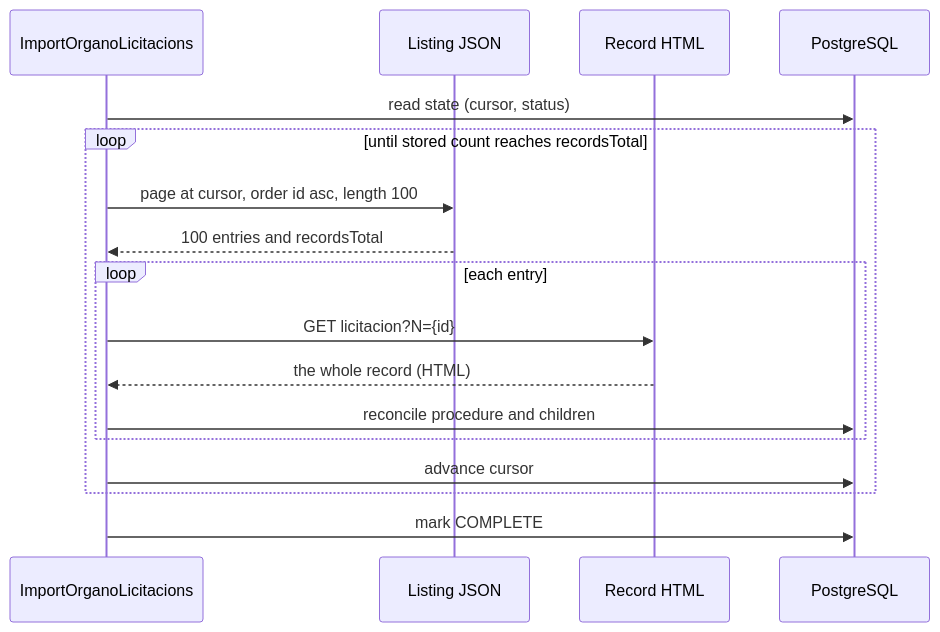
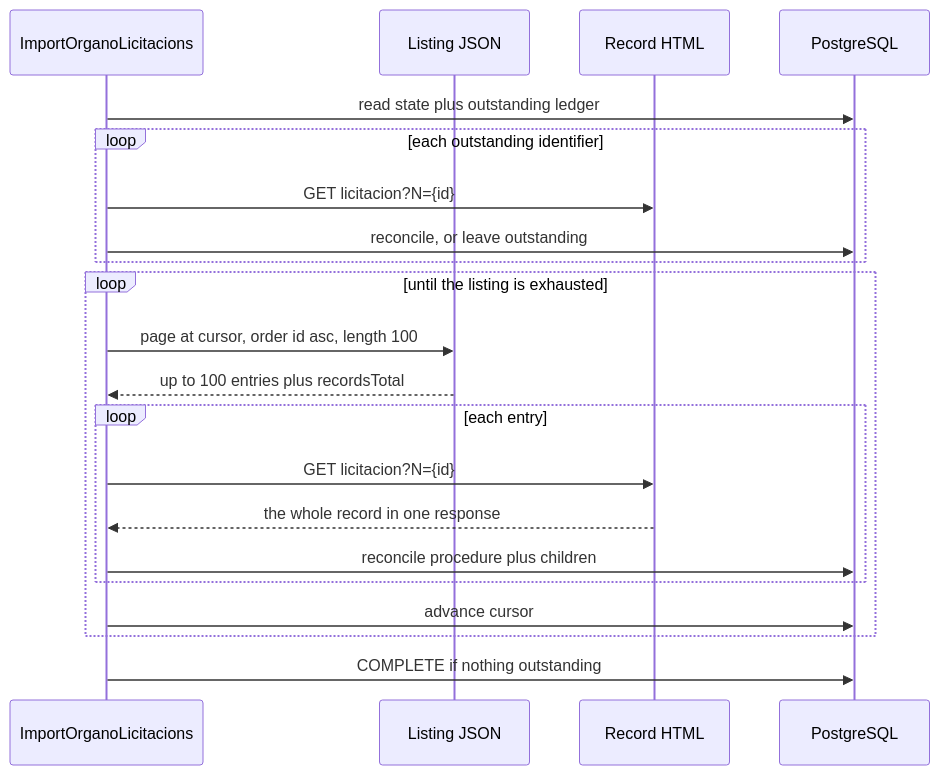
The third of 3 diagrams in docs/features/FEAT-0015-licitacions-initial-import/README.md (earelin/conxugal), drawn with Mermaid before and after one commit. The commit also changed other lines of this file and 1 other file, not shown here.

````diff
--- a/docs/features/FEAT-0015-licitacions-initial-import/README.md
+++ b/docs/features/FEAT-0015-licitacions-initial-import/README.md
@@ -252,19 +361,23 @@
 ```mermaid
 sequenceDiagram
   participant U as ImportOrganoLicitacions
   participant L as Listing JSON
   participant R as Record HTML
   participant DB as PostgreSQL
-  U->>DB: read state (cursor, status)
-  loop until stored count reaches recordsTotal
+  U->>DB: read state plus outstanding ledger
+  loop each outstanding identifier
+    U->>R: GET licitacion?N={id}
+    U->>DB: reconcile, or leave outstanding
+  end
+  loop until the listing is exhausted
     U->>L: page at cursor, order id asc, length 100
-    L-->>U: 100 entries and recordsTotal
+    L-->>U: up to 100 entries plus recordsTotal
     loop each entry
       U->>R: GET licitacion?N={id}
-      R-->>U: the whole record (HTML)
-      U->>DB: reconcile procedure and children
+      R-->>U: the whole record in one response
+      U->>DB: reconcile procedure plus children
     end
     U->>DB: advance cursor
   end
-  U->>DB: mark COMPLETE
+  U->>DB: COMPLETE if nothing outstanding
 ```
````
